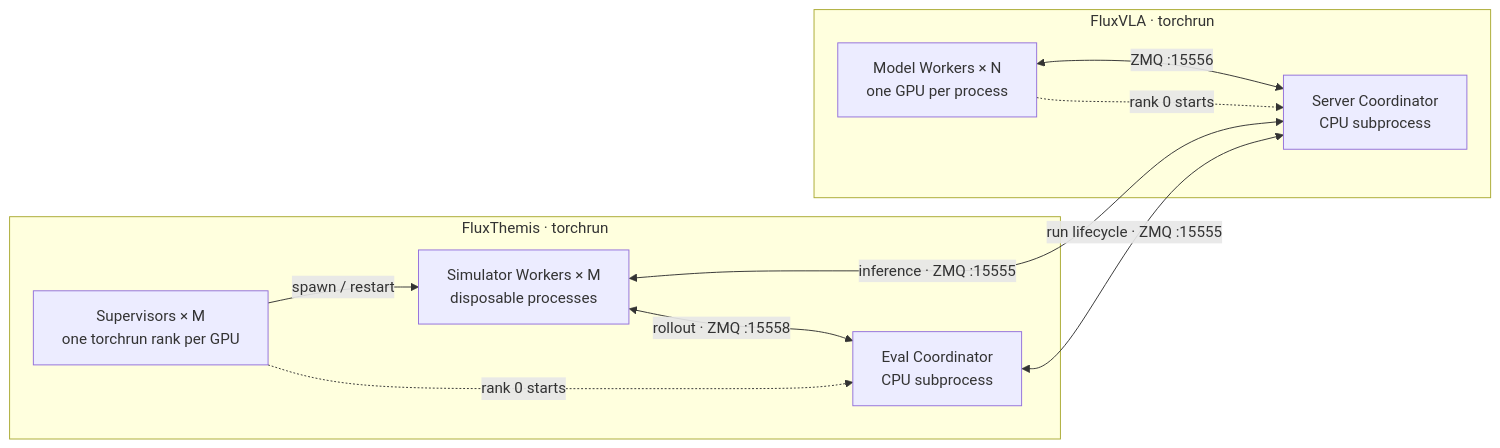
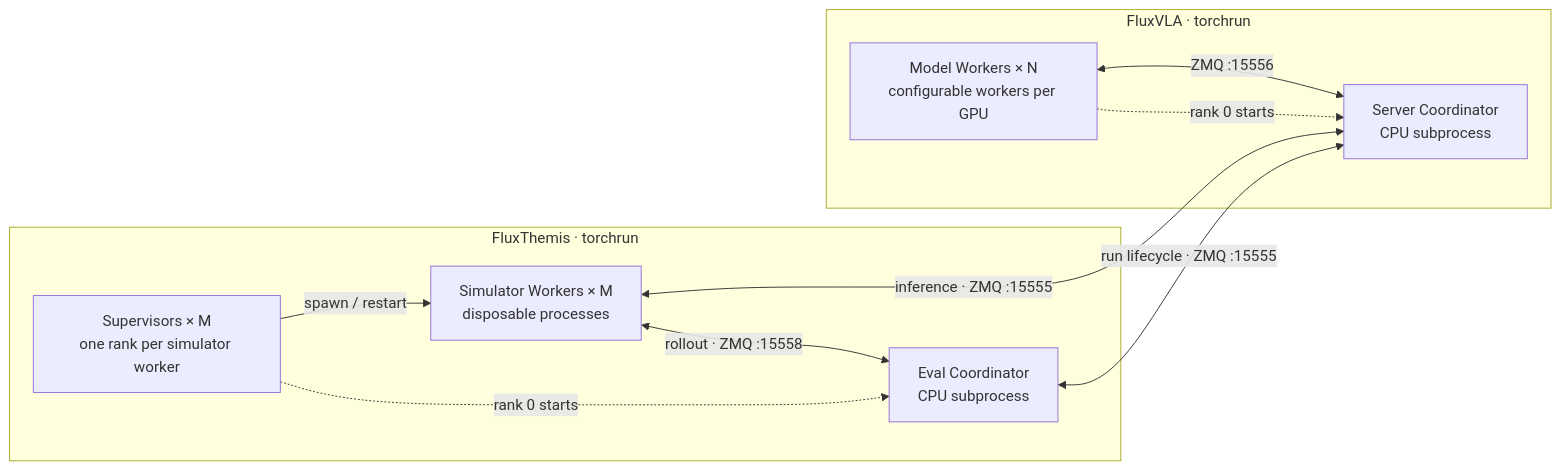
One commit to Colorfu1/FluxThemis changed the diagram in README.md. Above: the diagram before and after it, drawn with Mermaid. The commit also changed other lines of this file and 34 other files, not shown here.

````diff
--- a/README.md
+++ b/README.md
@@ -163,21 +220,21 @@
 ```mermaid
 flowchart LR
   subgraph VLA["FluxVLA · torchrun"]
-    MW["Model Workers × N<br/>one GPU per process"]
+    MW["Model Workers × N<br/>configurable workers per GPU"]
     SC["Server Coordinator<br/>CPU subprocess"]
     MW <-->|ZMQ :15556| SC
     MW -. "rank 0 starts" .-> SC
   end
 
   subgraph Themis["FluxThemis · torchrun"]
-    WS["Supervisors × M<br/>one torchrun rank per GPU"]
+    WS["Supervisors × M<br/>one rank per simulator worker"]
     SW["Simulator Workers × M<br/>disposable processes"]
     CC["Eval Coordinator<br/>CPU subprocess"]
     WS -->|spawn / restart| SW
     SW <-->|rollout · ZMQ :15558| CC
     WS -. "rank 0 starts" .-> CC
   end
 
   SW <-->|inference · ZMQ :15555| SC
   CC <-->|run lifecycle · ZMQ :15555| SC
 ```
````
